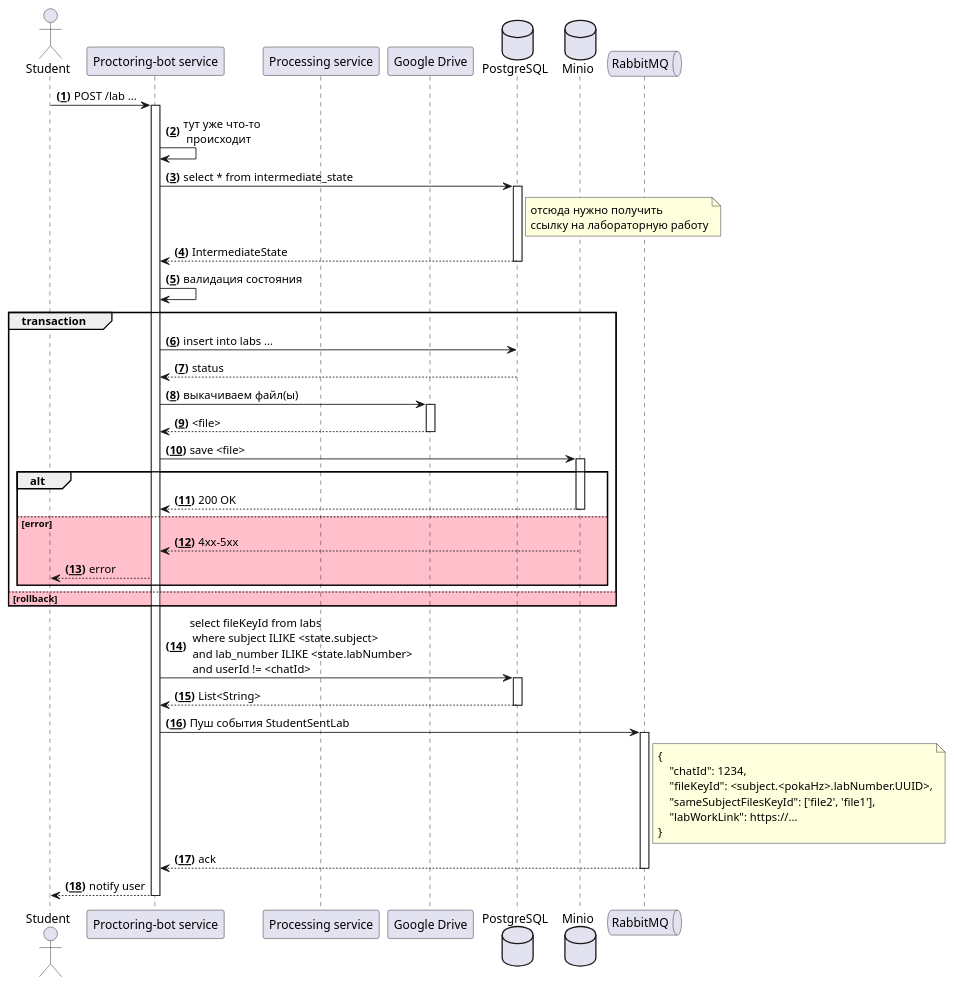
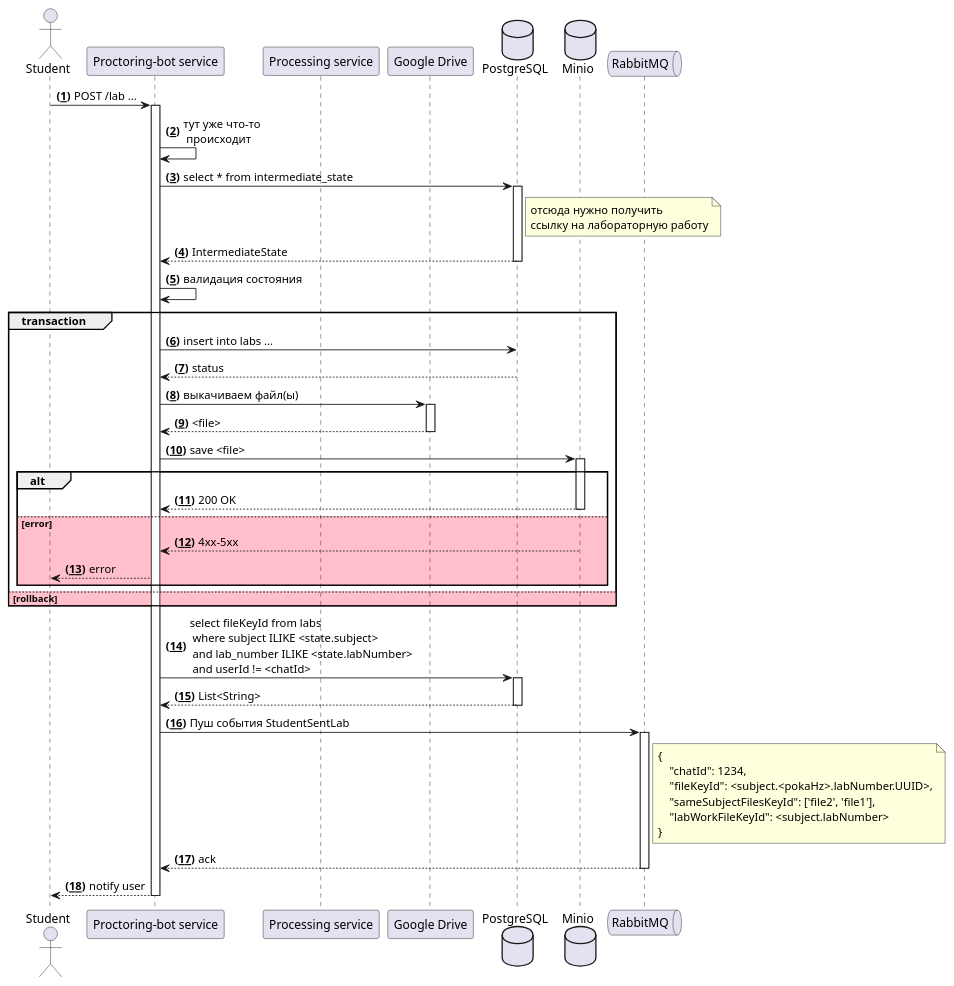
Before and after one commit to Dezzzl/processing-service: the diagram in documentation/plagiarism/а) process-lab-work.puml, drawn with PlantUML. The commit also changed 1 other file, not shown here.

```diff
--- a/documentation/plagiarism/а) process-lab-work.puml
+++ b/documentation/plagiarism/а) process-lab-work.puml
@@ -1,69 +1,69 @@
 @startuml
 
 autonumber "<b>(<u>##</u>)"
 
 actor Student as stud
 
 participant "Proctoring-bot service" as pbs
 participant "Processing service" as ps
 
 participant "Google Drive" as gd
 
 
 database PostgreSQL as db
 database Minio as minio
 queue "RabbitMQ" as rmq
 
 ' эта часть уже написана
 
 stud -> pbs++ : POST /lab ...
 
 pbs -> pbs: тут уже что-то\n происходит
 
 pbs -> db++ : select * from intermediate_state
 note right db
     отсюда нужно получить
     ссылку на лабораторную работу
 end note
 pbs <-- db-- : IntermediateState
 
 pbs -> pbs: валидация состояния
 
 group transaction
 pbs -> db: insert into labs ...
 pbs <-- db: status
 
 pbs -> gd++ : выкачиваем файл(ы)
 pbs <-- gd-- : <file>
 
 pbs -> minio++ : save <file>
 alt
 pbs <-- minio-- : 200 OK
 else #Pink error
 pbs <-- minio-- : 4xx-5xx
 stud <-- pbs : error
 end
 else #pink rollback
 end group
 
 pbs -> db++ : select fileKeyId from labs\n where subject ILIKE <state.subject>\n and lab_number ILIKE <state.labNumber>\n and userId != <chatId>
 pbs <-- db-- : List<String>
 
 pbs -> rmq++ : Пуш события StudentSentLab
 
 note right rmq
     {
         "chatId": 1234,
         "fileKeyId": <subject.<pokaHz>.labNumber.UUID>,
         "sameSubjectFilesKeyId": ['file2', 'file1'],
-        "labWorkLink": https://...
+        "labWorkFileKeyId": <subject.labNumber>
     }
 end note
 
 pbs <-- rmq--: ack
 
 stud <-- pbs-- : notify user
 
 
 
 @enduml
```
